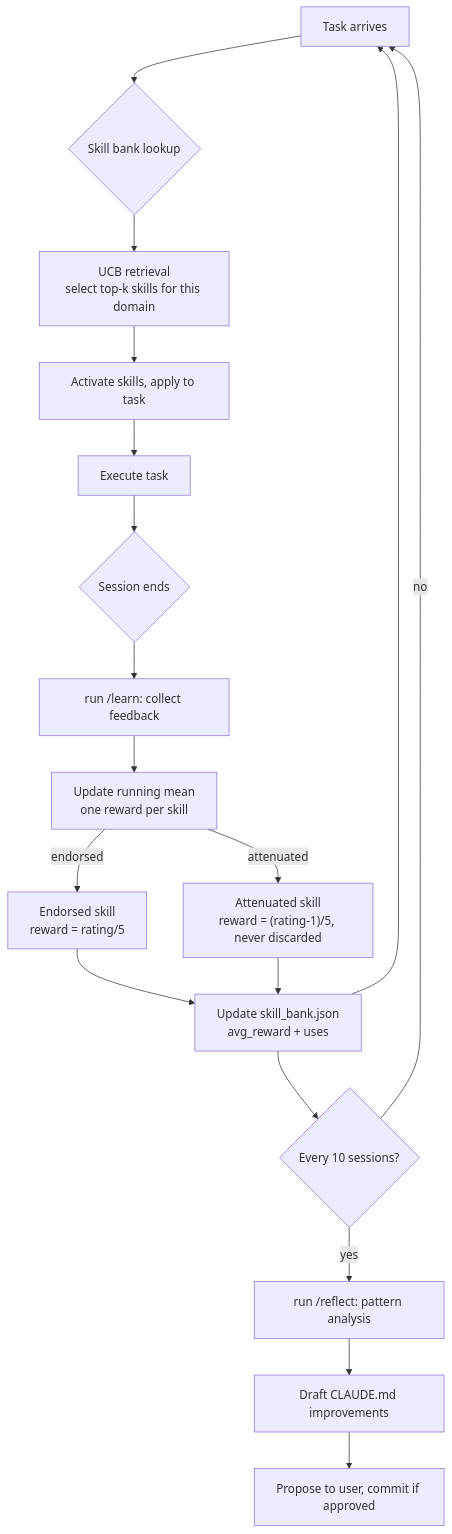
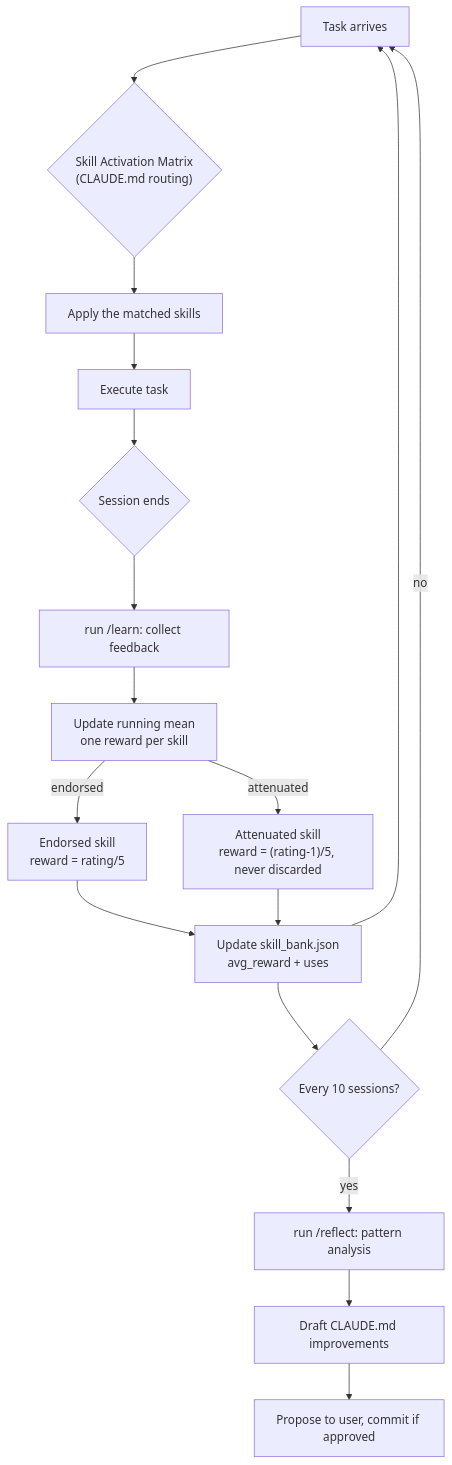
The diagram in docs/ARCHITECTURE.md (notaneric/claude-personal-assistant), drawn with Mermaid before and after one commit. The commit also changed other lines of this file and 7 other files, not shown here.

Commit message:
fix: describe skill-bank scoring as credited after the fact, not retrieved per task

````diff
--- a/docs/ARCHITECTURE.md
+++ b/docs/ARCHITECTURE.md
@@ -36,20 +36,19 @@
 ```mermaid
 flowchart TD
-    A["Task arrives"] --> B{"Skill bank lookup"}
-    B --> C["UCB retrieval<br/>select top-k skills for this domain"]
-    C --> D["Activate skills, apply to task"]
+    A["Task arrives"] --> B{"Skill Activation Matrix<br/>(CLAUDE.md routing)"}
+    B --> D["Apply the matched skills"]
     D --> E["Execute task"]
     E --> F{"Session ends"}
     F --> G["run /learn: collect feedback"]
     G --> H["Update running mean<br/>one reward per skill"]
     H -->|"endorsed"| I["Endorsed skill<br/>reward = rating/5"]
     H -->|"attenuated"| K["Attenuated skill<br/>reward = (rating-1)/5, never discarded"]
     I --> L["Update skill_bank.json<br/>avg_reward + uses"]
     K --> L
     L --> M{"Every 10 sessions?"}
     M -->|"yes"| N["run /reflect: pattern analysis"]
     N --> O["Draft CLAUDE.md improvements"]
     O --> P["Propose to user, commit if approved"]
     M -->|"no"| A
     L --> A
 ```
````
